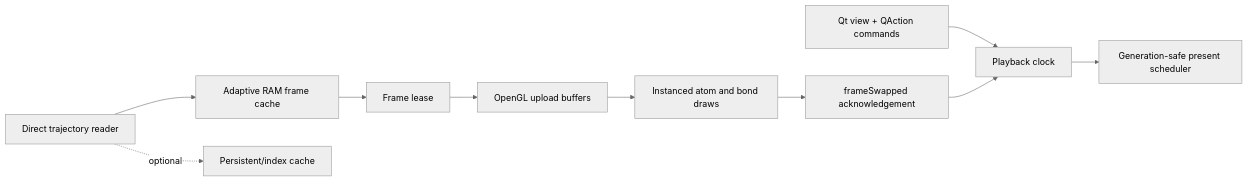
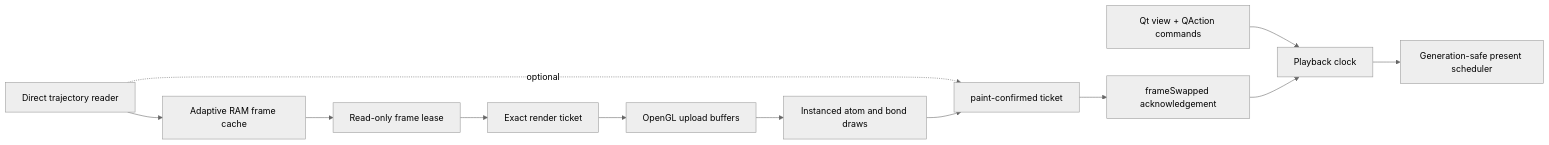
One commit to luosj1212/TrajPlayer changed the diagram in README.md. Above: the diagram before and after it, drawn with Mermaid (neutral theme). The commit also changed other lines of this file and 26 other files, not shown here.

````diff
--- a/README.md
+++ b/README.md
@@ -221,12 +221,14 @@
 ```mermaid
 flowchart LR
     UI["Qt view + QAction commands"] --> P["Playback clock"]
     P --> Q["Generation-safe present scheduler"]
     D["Direct trajectory reader"] --> S["Adaptive RAM frame cache"]
     D -. optional .-> C["Persistent/index cache"]
-    S --> L["Frame lease"]
-    L --> G["OpenGL upload buffers"]
+    S --> L["Read-only frame lease"]
+    L --> T["Exact render ticket"]
+    T --> G["OpenGL upload buffers"]
     G --> R["Instanced atom and bond draws"]
-    R --> A["frameSwapped acknowledgement"]
+    R --> C["paint-confirmed ticket"]
+    C --> A["frameSwapped acknowledgement"]
     A --> P
 ```
````
